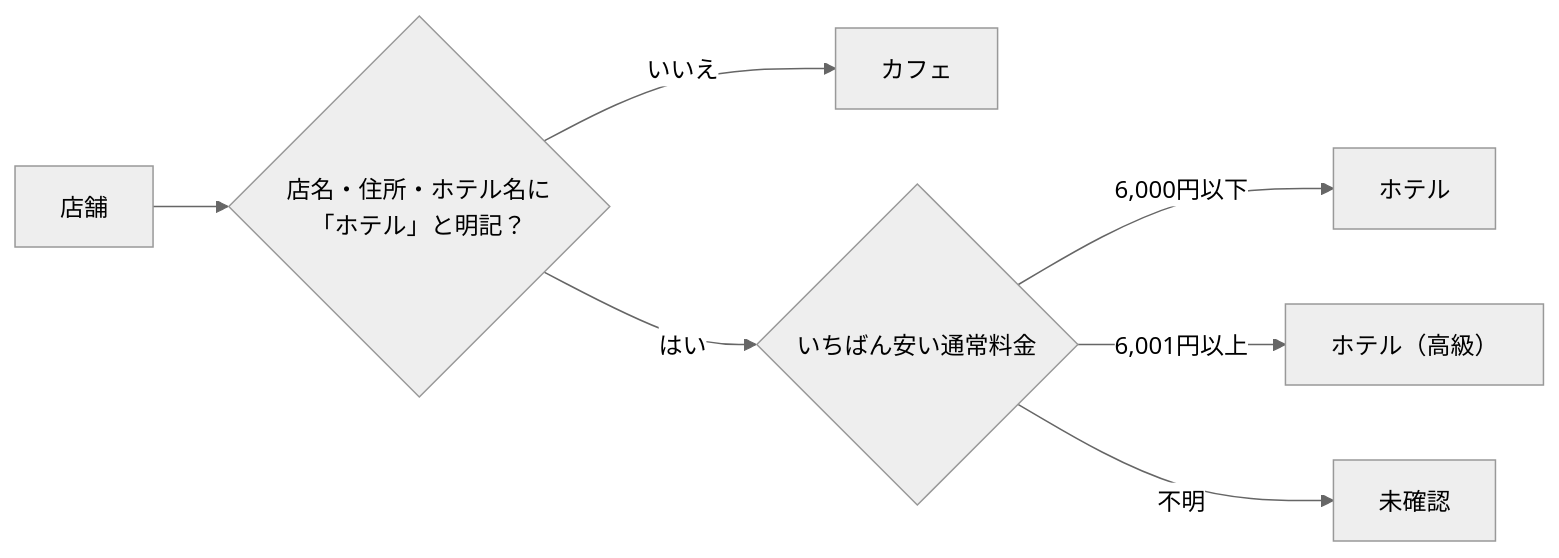
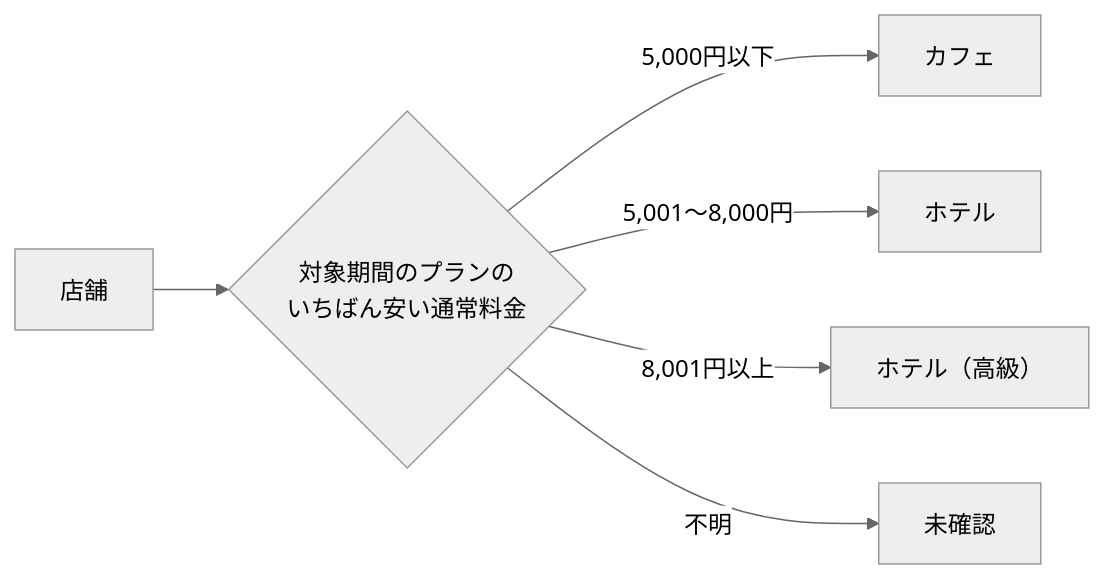
One commit to tsubasa0518/afternoon-tea changed the fourth of 4 diagrams in README.md. Above: the diagram before and after it, drawn with Mermaid (neutral theme). The commit also changed other lines of this file and 10 other files, not shown here.

First line of the commit message:
分類を料金だけで決める方式（5,000円以下・8,000円以下・8,001円以上）に変える

````diff
--- a/README.md
+++ b/README.md
@@ -228,9 +227,8 @@
 ```mermaid
 flowchart LR
-    A["店舗"] --> B{"店名・住所・ホテル名に<br/>「ホテル」と明記？"}
-    B -- いいえ --> C["カフェ"]
-    B -- はい --> D{"いちばん安い通常料金"}
-    D -- "6,000円以下" --> E["ホテル"]
-    D -- "6,001円以上" --> F["ホテル（高級）"]
+    A["店舗"] --> D{"対象期間のプランの<br/>いちばん安い通常料金"}
+    D -- "5,000円以下" --> C["カフェ"]
+    D -- "5,001〜8,000円" --> E["ホテル"]
+    D -- "8,001円以上" --> F["ホテル（高級）"]
     D -- 不明 --> G["未確認"]
 ```
````
